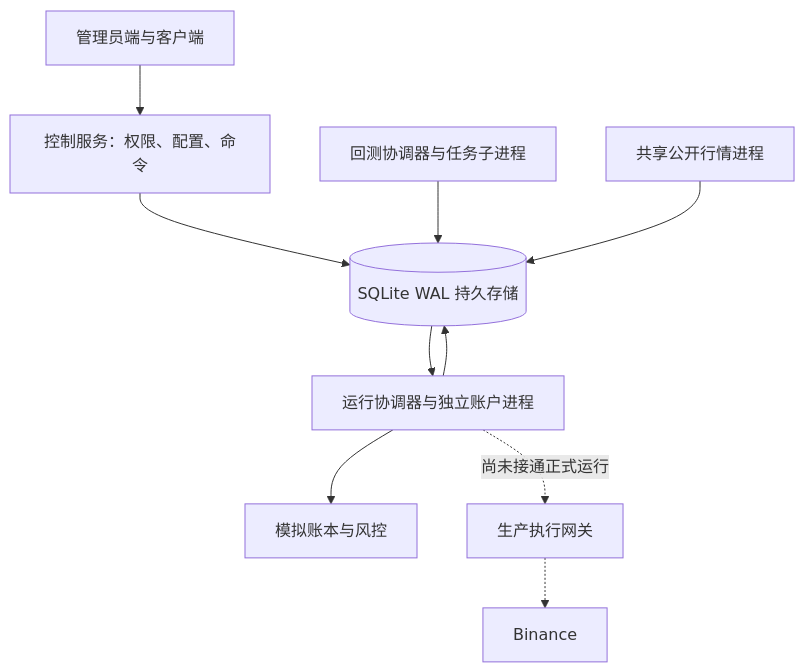
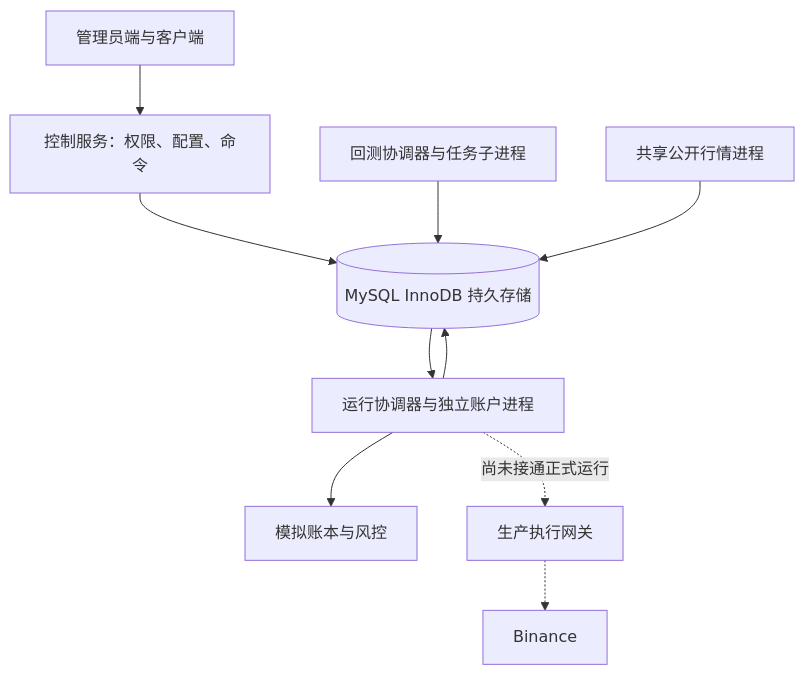
One commit to shijingyu/mk-quant changed the diagram in docs/ACCEPTANCE.md. Above: the diagram before and after it, drawn with Mermaid. The commit also changed other lines of this file and 33 other files, not shown here.

````diff
--- a/docs/ACCEPTANCE.md
+++ b/docs/ACCEPTANCE.md
@@ -41,12 +41,12 @@
 ```mermaid
 flowchart TB
     UI[管理员端与客户端] --> API[控制服务：权限、配置、命令]
-    API --> DB[(SQLite WAL 持久存储)]
+    API --> DB[(MySQL InnoDB 持久存储)]
     BT[回测协调器与任务子进程] --> DB
     RT[运行协调器与独立账户进程] --> DB
     DATA[共享公开行情进程] --> DB
     DB --> RT
     RT --> PAPER[模拟账本与风控]
     RT -. 尚未接通正式运行 .-> LIVE[生产执行网关]
     LIVE -.-> EX[Binance]
 ```
````
